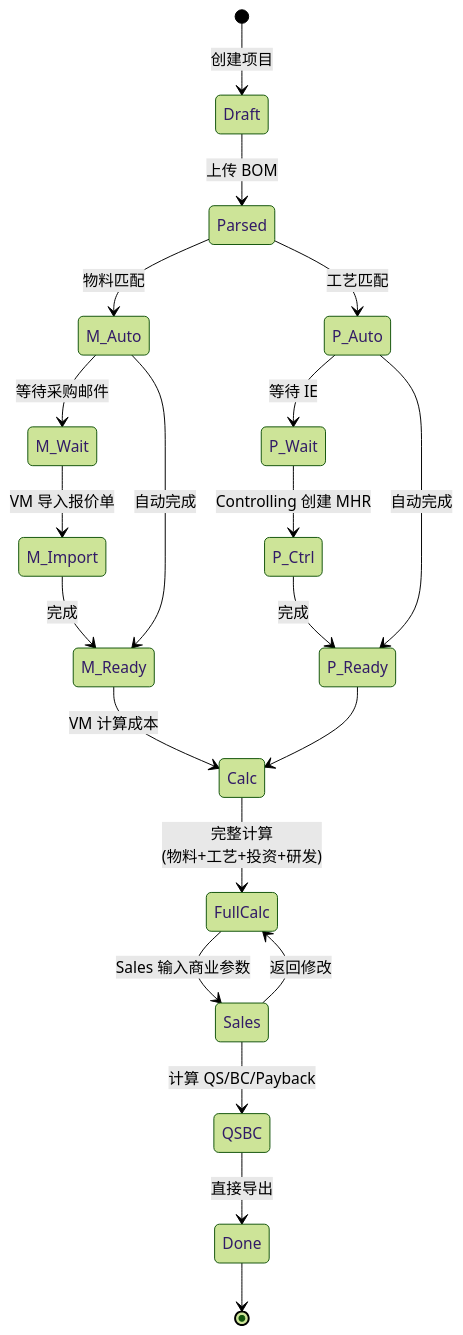
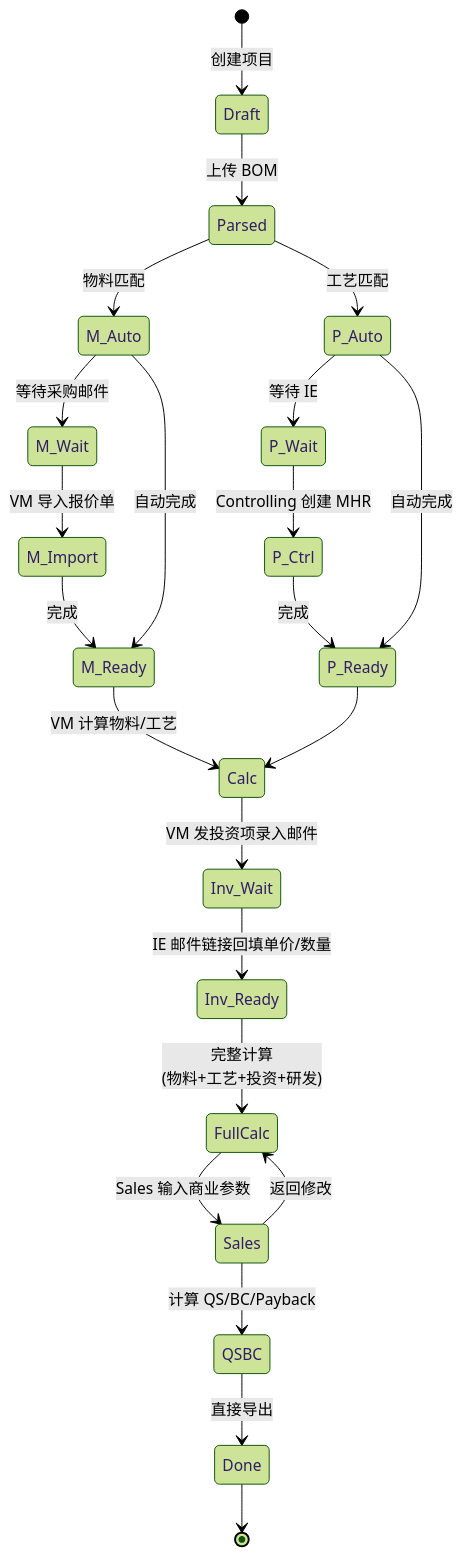
The second of 2 diagrams in docs/产品需求文档.md (randyluo85/Quoting-Copilot), drawn with Mermaid (forest theme) before and after one commit. The commit also changed other lines of this file and 14 other files, not shown here.

Commit message:
docs: sync process/investment logic and remove API-schema defs

````diff
--- a/docs/产品需求文档.md
+++ b/docs/产品需求文档.md
@@ -533,30 +562,32 @@
 ```mermaid
 stateDiagram-v2
     [*] --> Draft: 创建项目
     Draft --> Parsed: 上传 BOM
 
     Parsed --> M_Auto: 物料匹配
     Parsed --> P_Auto: 工艺匹配
 
     M_Auto --> M_Wait: 等待采购邮件
     M_Wait --> M_Import: VM 导入报价单
     M_Import --> M_Ready: 完成
     M_Auto --> M_Ready: 自动完成
 
     P_Auto --> P_Wait: 等待 IE
     P_Wait --> P_Ctrl: Controlling 创建 MHR
     P_Ctrl --> P_Ready: 完成
     P_Auto --> P_Ready: 自动完成
 
-    M_Ready --> Calc: VM 计算成本
+    M_Ready --> Calc: VM 计算物料/工艺
     P_Ready --> Calc
 
-    Calc --> FullCalc: 完整计算<br/>(物料+工艺+投资+研发)
+    Calc --> Inv_Wait: VM 发投资项录入邮件
+    Inv_Wait --> Inv_Ready: IE 邮件链接回填单价/数量
+    Inv_Ready --> FullCalc: 完整计算<br/>(物料+工艺+投资+研发)
     FullCalc --> Sales: Sales 输入商业参数
 
     Sales --> QSBC: 计算 QS/BC/Payback
     QSBC --> Done: 直接导出
     Sales --> FullCalc: 返回修改
 
     Done --> [*]
 ```
````
